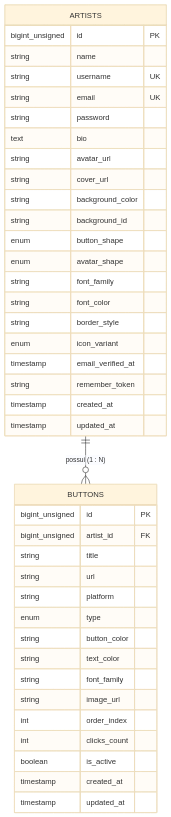
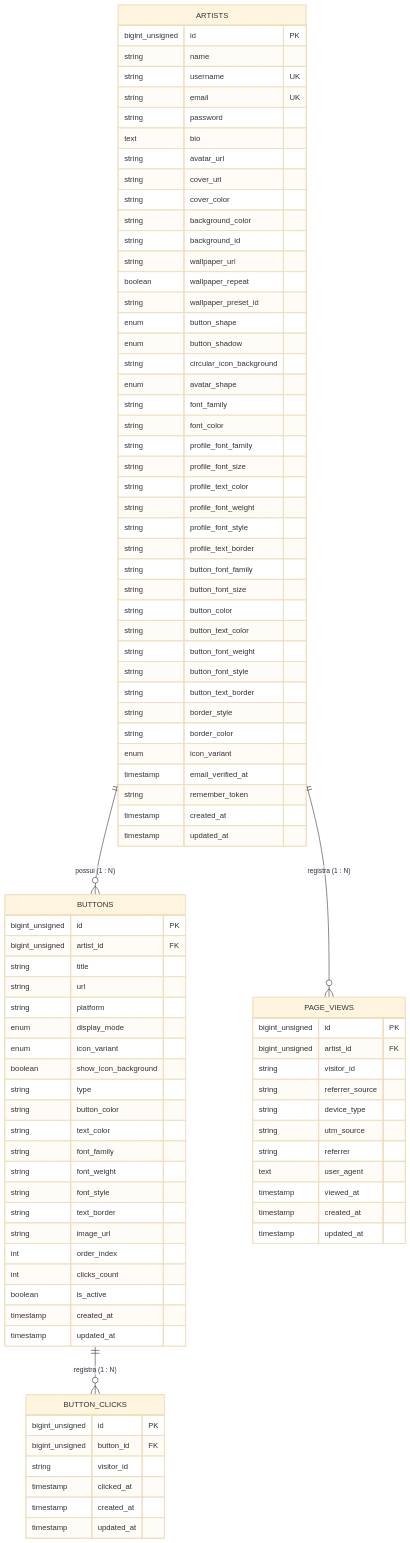
One commit to pinhogo/assinart_v1-back changed the diagram in docs/DATA_DICTIONARY.md. Above: the diagram before and after it, drawn with Mermaid (base theme). The commit also changed other lines of this file and 4 other files, not shown here.

````diff
--- a/docs/DATA_DICTIONARY.md
+++ b/docs/DATA_DICTIONARY.md
@@ -13,6 +13,8 @@
 ```mermaid
 erDiagram
     ARTISTS ||--o{ BUTTONS : "possui (1 : N)"
+    ARTISTS ||--o{ PAGE_VIEWS : "registra (1 : N)"
+    BUTTONS ||--o{ BUTTON_CLICKS : "registra (1 : N)"
 
     ARTISTS {
         bigint_unsigned id PK
@@ -23,13 +25,33 @@
         text bio
         string avatar_url
         string cover_url
+        string cover_color
         string background_color
         string background_id
+        string wallpaper_url
+        boolean wallpaper_repeat
+        string wallpaper_preset_id
         enum button_shape
+        enum button_shadow
+        string circular_icon_background
         enum avatar_shape
         string font_family
         string font_color
+        string profile_font_family
+        string profile_font_size
+        string profile_text_color
+        string profile_font_weight
+        string profile_font_style
+        string profile_text_border
+        string button_font_family
+        string button_font_size
+        string button_color
+        string button_text_color
+        string button_font_weight
+        string button_font_style
+        string button_text_border
         string border_style
+        string border_color
         enum icon_variant
         timestamp email_verified_at
         string remember_token
@@ -43,10 +65,16 @@
         string title
         string url
         string platform
-        enum type
+        enum display_mode
+        enum icon_variant
+        boolean show_icon_background
+        string type
         string button_color
         string text_color
         string font_family
+        string font_weight
+        string font_style
+        string text_border
         string image_url
         int order_index
         int clicks_count
@@ -54,4 +82,27 @@
         timestamp created_at
         timestamp updated_at
     }
+
+    PAGE_VIEWS {
+        bigint_unsigned id PK
+        bigint_unsigned artist_id FK
+        string visitor_id
+        string referrer_source
+        string device_type
+        string utm_source
+        string referrer
+        text user_agent
+        timestamp viewed_at
+        timestamp created_at
+        timestamp updated_at
+    }
+
+    BUTTON_CLICKS {
+        bigint_unsigned id PK
+        bigint_unsigned button_id FK
+        string visitor_id
+        timestamp clicked_at
+        timestamp created_at
+        timestamp updated_at
+    }
 ```
````
